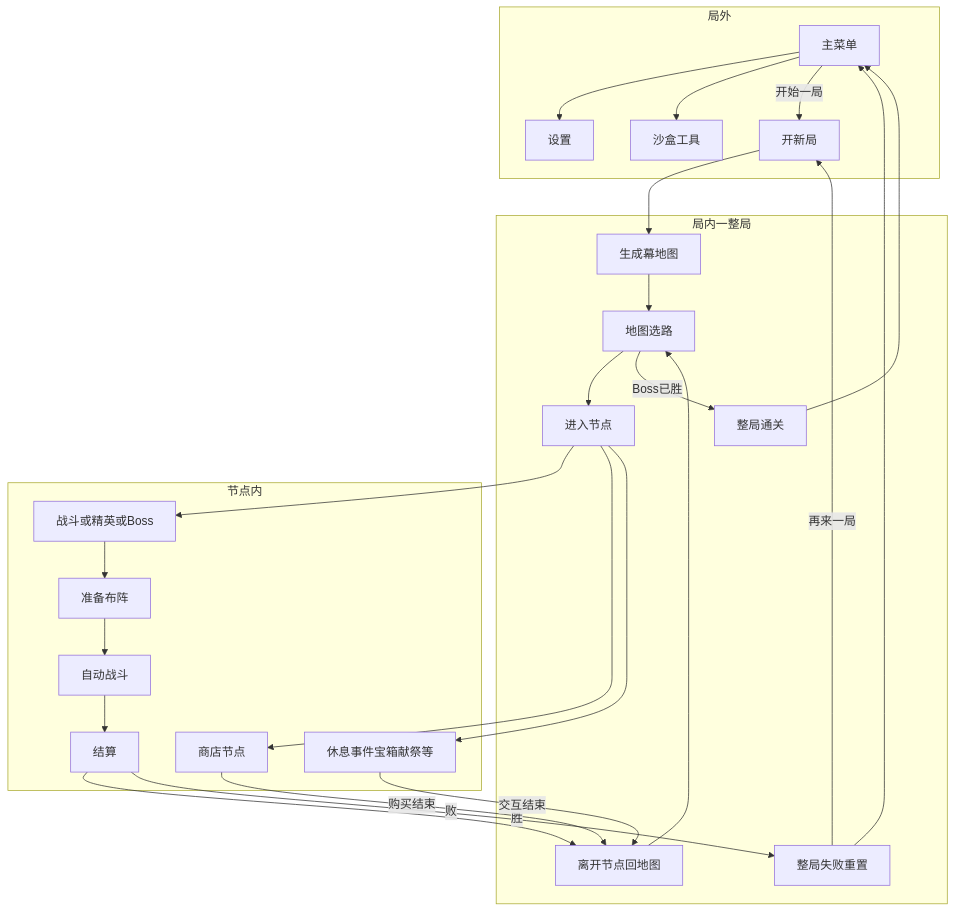
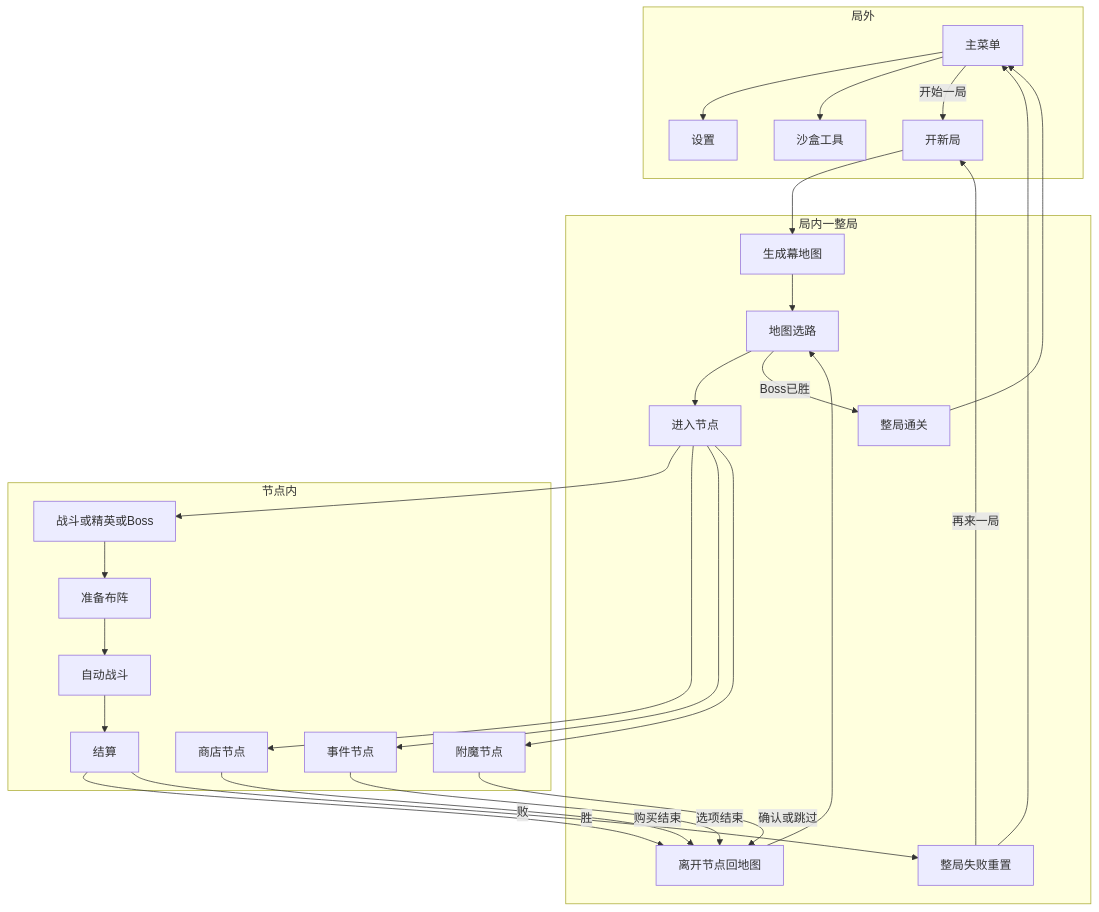
Before and after one commit to Kanerickyz/Godot-Project---Clash-royale-like-Game: the diagram in Documents/Features/GAME_LOOP.md, drawn with Mermaid. The commit also changed other lines of this file and 4 other files, not shown here.

First line of the commit message:
docs(features): 地图、附魔与战斗 Feature 规格 (#10)

````diff
--- a/Documents/Features/GAME_LOOP.md
+++ b/Documents/Features/GAME_LOOP.md
@@ -108,45 +108,48 @@
 ```mermaid
 flowchart TD
   subgraph Meta[局外]
     MainMenu[主菜单]
     Settings[设置]
     Sandbox[沙盒工具]
     MainMenu --> Settings
     MainMenu --> Sandbox
     MainMenu -->|开始一局| NewRun[开新局]
   end
 
   subgraph RunLoop[局内一整局]
     GenMap[生成幕地图]
     MapSelect[地图选路]
     EnterNode[进入节点]
     LeaveNode[离开节点回地图]
     RunWin[整局通关]
     RunLose[整局失败重置]
     NewRun --> GenMap --> MapSelect
     MapSelect --> EnterNode
     LeaveNode --> MapSelect
     MapSelect -->|Boss已胜| RunWin
   end
 
   subgraph NodeInner[节点内]
     CombatNode[战斗或精英或Boss]
     ShopNode[商店节点]
-    OtherNode[休息事件宝箱献祭等]
+    EventNode[事件节点]
+    EnchantNode[附魔节点]
     Prep[准备布阵]
     AutoCombat[自动战斗]
     Resolve[结算]
     CombatNode --> Prep --> AutoCombat --> Resolve
     Resolve -->|胜| LeaveNode
     Resolve -->|败| RunLose
     ShopNode -->|购买结束| LeaveNode
-    OtherNode -->|交互结束| LeaveNode
+    EventNode -->|选项结束| LeaveNode
+    EnchantNode -->|确认或跳过| LeaveNode
   end
 
   EnterNode --> CombatNode
   EnterNode --> ShopNode
-  EnterNode --> OtherNode
+  EnterNode --> EventNode
+  EnterNode --> EnchantNode
   RunWin --> MainMenu
   RunLose --> MainMenu
   RunLose -->|再来一局| NewRun
 ```
````
